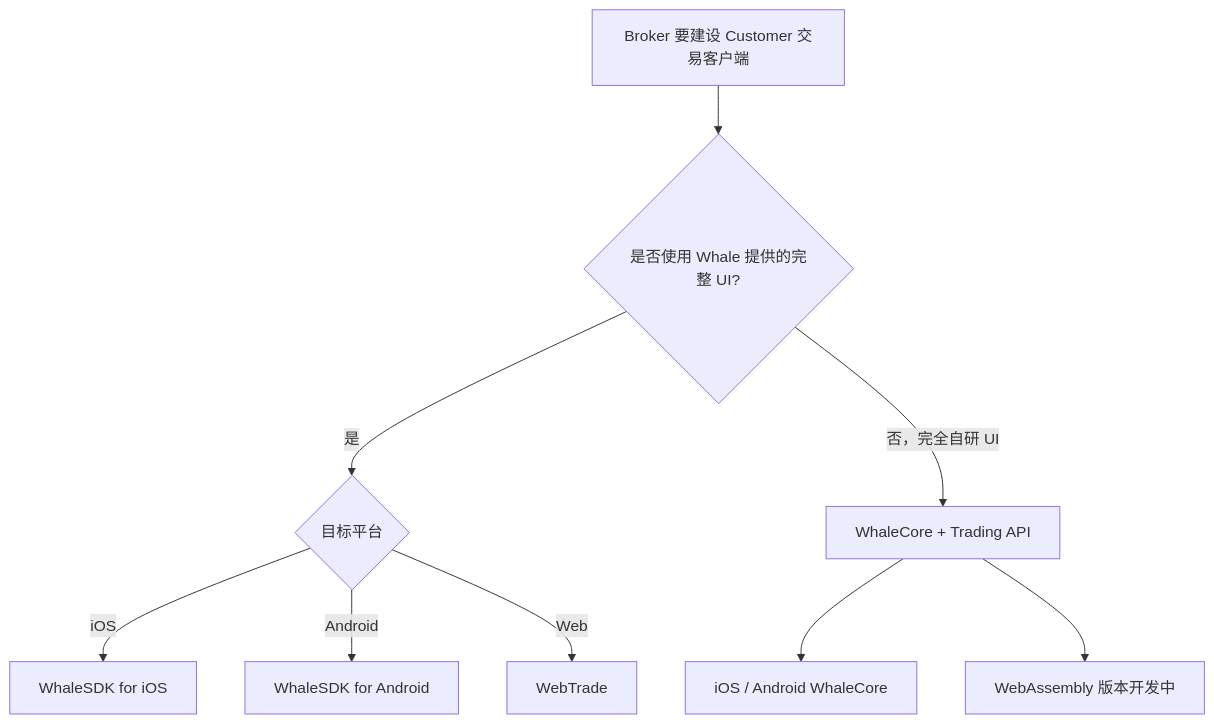
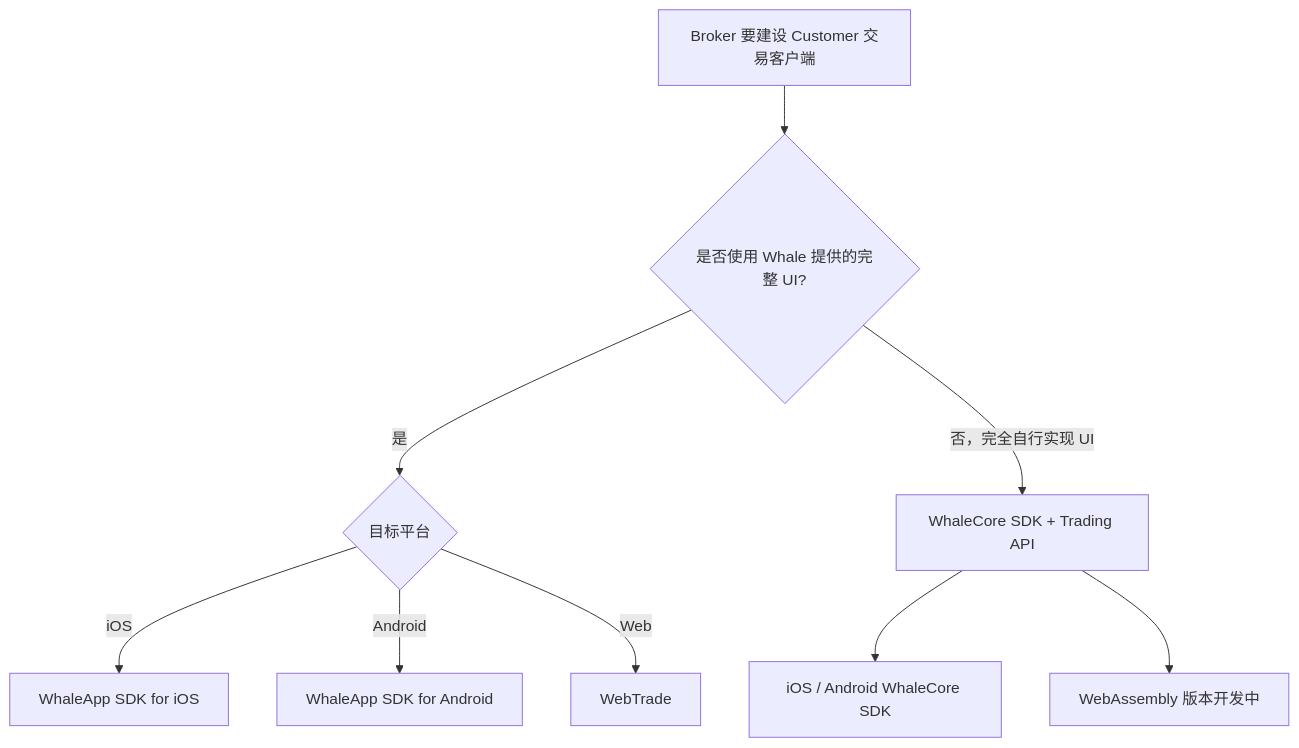
The diagram in cn/docs/integration-options.mdx (longbridge/whale-docs), drawn with Mermaid before and after one commit. The commit also changed other lines of this file and 50 other files, not shown here.

Commit message:
docs: define Whale SDK product hierarchy

````diff
--- a/cn/docs/integration-options.mdx
+++ b/cn/docs/integration-options.mdx
@@ -22,11 +22,11 @@
 ```mermaid
 flowchart TD
     A[Broker 要建设 Customer 交易客户端] --> B{是否使用 Whale 提供的完整 UI?}
     B -- 是 --> C{目标平台}
-    C -- iOS --> D[WhaleSDK for iOS]
-    C -- Android --> E[WhaleSDK for Android]
+    C -- iOS --> D[WhaleApp SDK for iOS]
+    C -- Android --> E[WhaleApp SDK for Android]
     C -- Web --> F[WebTrade]
-    B -- 否，完全自研 UI --> G[WhaleCore + Trading API]
-    G --> H[iOS / Android WhaleCore]
+    B -- 否，完全自行实现 UI --> G[WhaleCore SDK + Trading API]
+    G --> H[iOS / Android WhaleCore SDK]
     G --> I[WebAssembly 版本开发中]
 ```
````
